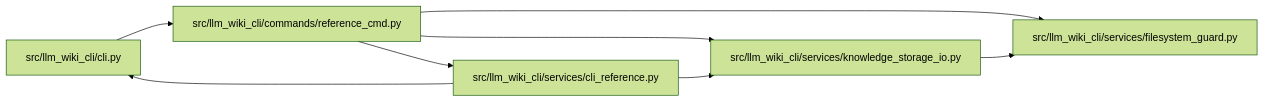
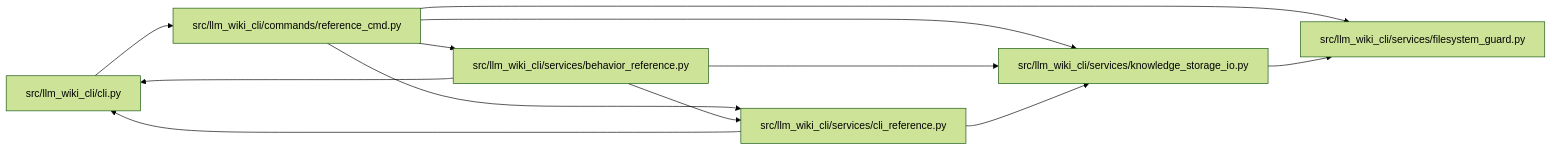
The diagram in docs/llm_wiki/modules/reference_cmd.md (Denissvgn/python-wiki-llm), drawn with Mermaid (forest theme) before and after one commit. The commit also changed other lines of this file and 303 other files, not shown here.

Commit message:
feat: expose installed behavior facts for sibling wiki review

````diff
--- a/docs/llm_wiki/modules/reference_cmd.md
+++ b/docs/llm_wiki/modules/reference_cmd.md
@@ -24,20 +25,26 @@
 ```mermaid
 flowchart LR
     n0["src/llm_wiki_cli/cli.py"]
     n1["src/llm_wiki_cli/commands/reference_cmd.py"]
-    n2["src/llm_wiki_cli/services/cli_reference.py"]
-    n3["src/llm_wiki_cli/services/filesystem_guard.py"]
-    n4["src/llm_wiki_cli/services/knowledge_storage_io.py"]
+    n2["src/llm_wiki_cli/services/behavior_reference.py"]
+    n3["src/llm_wiki_cli/services/cli_reference.py"]
+    n4["src/llm_wiki_cli/services/filesystem_guard.py"]
+    n5["src/llm_wiki_cli/services/knowledge_storage_io.py"]
     n0 --> n1
     n1 --> n2
     n1 --> n3
     n1 --> n4
+    n1 --> n5
     n2 --> n0
-    n2 --> n4
-    n4 --> n3
+    n2 --> n3
+    n2 --> n5
+    n3 --> n0
+    n3 --> n5
+    n5 --> n4
     click n0 "../modules/cli.md"
     click n1 "../modules/reference_cmd.md"
-    click n2 "../modules/cli_reference.md"
-    click n3 "../modules/filesystem_guard.md"
-    click n4 "../modules/knowledge_storage_io.md"
+    click n2 "../modules/behavior_reference.md"
+    click n3 "../modules/cli_reference.md"
+    click n4 "../modules/filesystem_guard.md"
+    click n5 "../modules/knowledge_storage_io.md"
 ```
````
